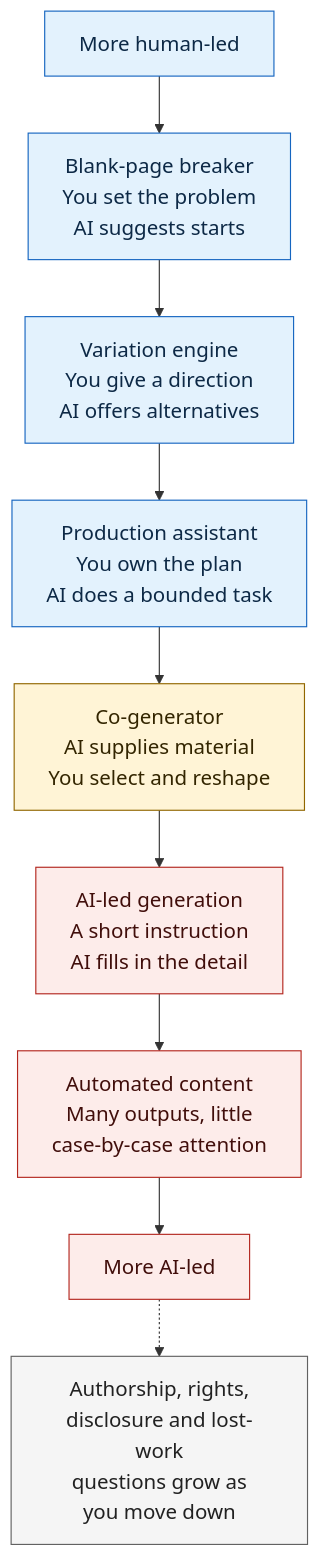
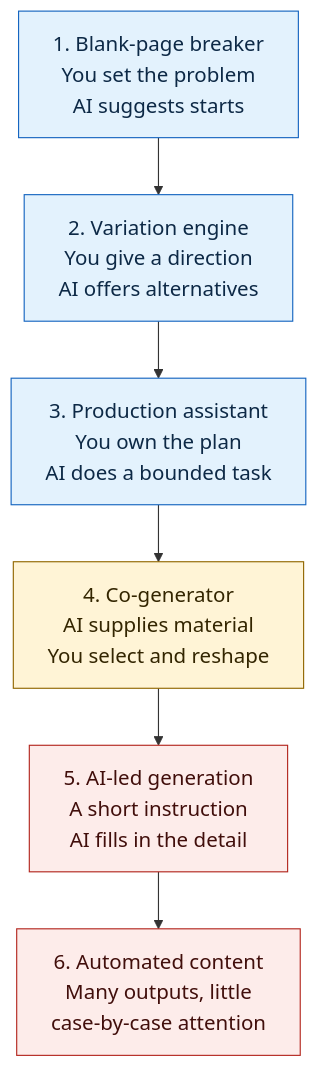
The diagram in docs/02-book-01/diagrams/creative-ai-involvement-continuum.mmd (danijeljw-RPC/how-to-use-ai.com), drawn with Mermaid before and after one commit. The commit also changed 5 other files, not shown here.

Commit message:
docs: add chapter 08 claim-review issue and fix oversized figure

```diff
--- a/docs/02-book-01/diagrams/creative-ai-involvement-continuum.mmd
+++ b/docs/02-book-01/diagrams/creative-ai-involvement-continuum.mmd
@@ -1,21 +1,15 @@
 %%{init: {"flowchart": {"htmlLabels": false}, "themeVariables": {"fontSize": "18px"}}}%%
 flowchart TB
-    H["More human-led"]
-    A["Blank-page breaker<br/>You set the problem<br/>AI suggests starts"]
-    B["Variation engine<br/>You give a direction<br/>AI offers alternatives"]
-    C["Production assistant<br/>You own the plan<br/>AI does a bounded task"]
-    D["Co-generator<br/>AI supplies material<br/>You select and reshape"]
-    E["AI-led generation<br/>A short instruction<br/>AI fills in the detail"]
-    F["Automated content<br/>Many outputs, little<br/>case-by-case attention"]
-    M["More AI-led"]
-    Q["Authorship, rights,<br/>disclosure and lost-work<br/>questions grow as<br/>you move down"]
-    H --> A --> B --> C --> D --> E --> F --> M
-    M -.-> Q
+    A["1. Blank-page breaker<br/>You set the problem<br/>AI suggests starts"]
+    B["2. Variation engine<br/>You give a direction<br/>AI offers alternatives"]
+    C["3. Production assistant<br/>You own the plan<br/>AI does a bounded task"]
+    D["4. Co-generator<br/>AI supplies material<br/>You select and reshape"]
+    E["5. AI-led generation<br/>A short instruction<br/>AI fills in the detail"]
+    F["6. Automated content<br/>Many outputs, little<br/>case-by-case attention"]
+    A --> B --> C --> D --> E --> F
     classDef human fill:#e3f2fd,stroke:#1565c0,color:#0d2946
     classDef mixed fill:#fff4d6,stroke:#916700,color:#332500
     classDef machine fill:#fdecea,stroke:#b3261e,color:#410e0b
-    classDef note fill:#f5f5f5,stroke:#616161,color:#212121
-    class H,A,B,C human
+    class A,B,C human
     class D mixed
-    class E,F,M machine
-    class Q note
+    class E,F machine
```
